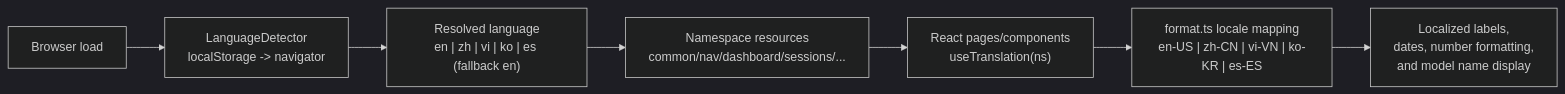
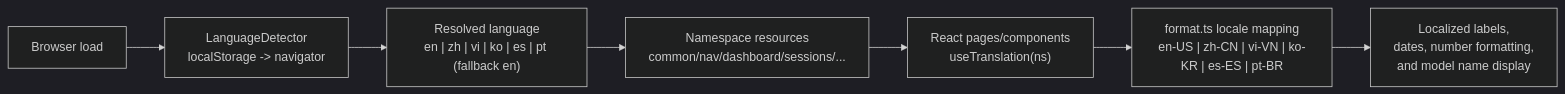
One commit to hoangsonww/Claude-Code-Agent-Monitor changed diagram 12 of 45 in ARCHITECTURE.md. Above: the diagram before and after it, drawn with Mermaid (dark theme). The commit also changed 7 other files, not shown here.

````diff
--- a/ARCHITECTURE.md
+++ b/ARCHITECTURE.md
@@ -910,9 +910,9 @@
 ```mermaid
 flowchart LR
     A["Browser load"] --> B["LanguageDetector<br/>localStorage -> navigator"]
-    B --> C["Resolved language<br/>en | zh | vi | ko | es (fallback en)"]
+    B --> C["Resolved language<br/>en | zh | vi | ko | es | pt (fallback en)"]
     C --> D["Namespace resources<br/>common/nav/dashboard/sessions/..."]
     D --> E["React pages/components<br/>useTranslation(ns)"]
-    E --> F["format.ts locale mapping<br/>en-US | zh-CN | vi-VN | ko-KR | es-ES"]
+    E --> F["format.ts locale mapping<br/>en-US | zh-CN | vi-VN | ko-KR | es-ES | pt-BR"]
     F --> G["Localized labels,<br/>dates, number formatting,<br/>and model name display"]
 ```
````
